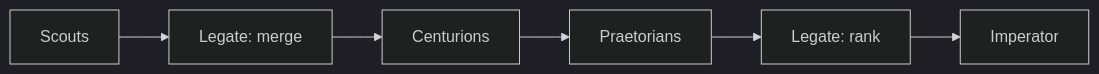
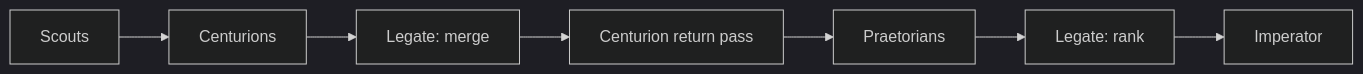
The diagram in README.md (Nodemana/cause-n-effect), drawn with Mermaid (dark theme) before and after one commit. The commit also changed other lines of this file and 3 other files, not shown here.

````diff
--- a/README.md
+++ b/README.md
@@ -8,4 +8,4 @@
 ```mermaid
 flowchart LR
-  S[Scouts] --> M[Legate: merge] --> C[Centurions] --> P[Praetorians] --> R[Legate: rank] --> I[Imperator]
+  S[Scouts] --> C1[Centurions] --> M[Legate: merge] --> C2[Centurion return pass] --> P[Praetorians] --> R[Legate: rank] --> I[Imperator]
 ```
````
